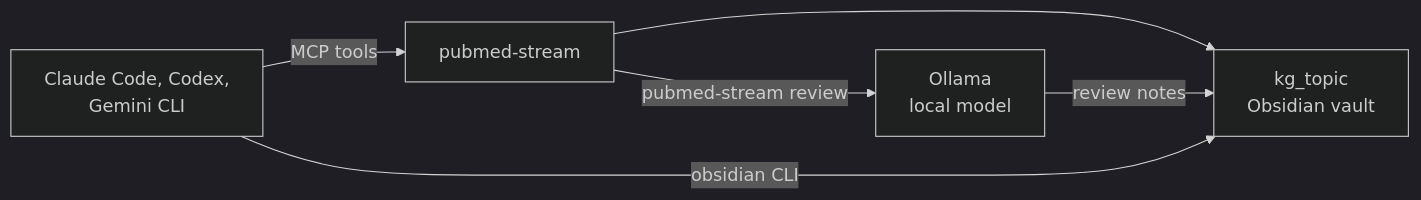
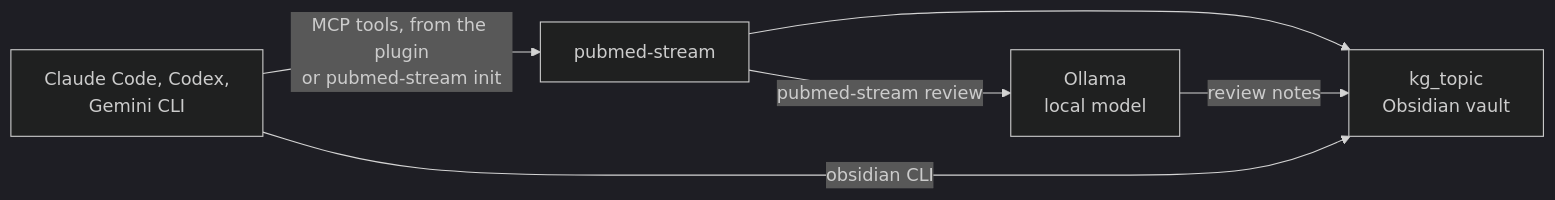
The third of 4 diagrams in README.md (melhzy/pubmed-stream), drawn with Mermaid (dark theme) before and after one commit. The commit also changed other lines of this file and 11 other files, not shown here.

First line of the commit message:
docs: how pubmed-stream connects to Claude Code, Codex and Gemini CLI

````diff
--- a/README.md
+++ b/README.md
@@ -481,8 +489,8 @@
 ```mermaid
 flowchart LR
-    A["Claude Code, Codex,<br/>Gemini CLI"] -->|"MCP tools"| P["pubmed-stream"]
+    A["Claude Code, Codex,<br/>Gemini CLI"] -->|"MCP tools, from the plugin<br/>or pubmed-stream init"| P["pubmed-stream"]
     P --> K["kg_topic<br/>Obsidian vault"]
     P -->|"pubmed-stream review"| O["Ollama<br/>local model"]
     O -->|"review notes"| K
     A -->|"obsidian CLI"| K
 ```
````
